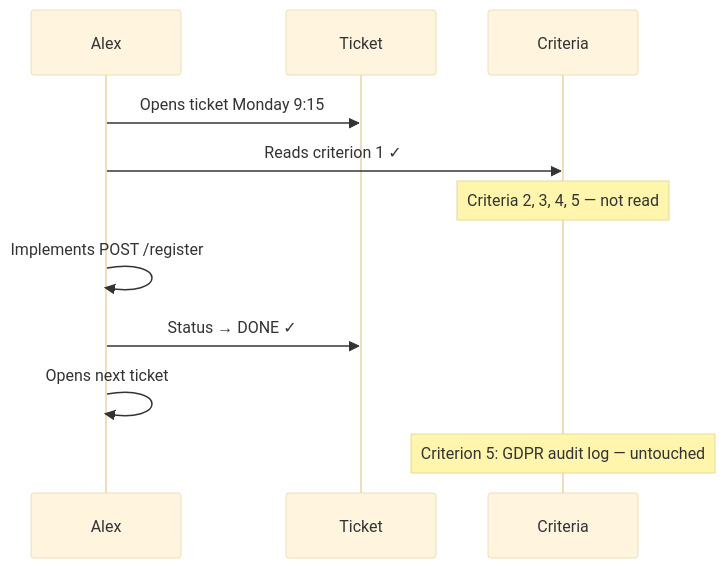
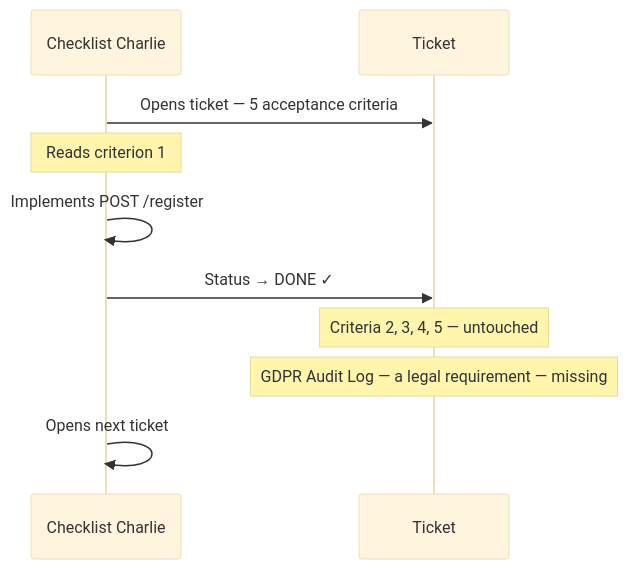
Before and after one commit to truedoctales/truedoctales-4j: the diagram in fairy-doc-tales/03_squirrel-dev/01_squirrel-dev.md, drawn with Mermaid (base theme). The commit also changed other lines of this file and 21 other files, not shown here.

````diff
--- a/fairy-doc-tales/03_squirrel-dev/01_squirrel-dev.md
+++ b/fairy-doc-tales/03_squirrel-dev/01_squirrel-dev.md
@@ -62,14 +61,13 @@
 ```mermaid
 sequenceDiagram
-    participant A as Alex
+    participant CC as Checklist Charlie
     participant T as Ticket
-    participant C as Criteria
 
-    A->>T: Opens ticket Monday 9:15
-    A->>C: Reads criterion 1 ✓
-    Note over C: Criteria 2, 3, 4, 5 — not read
-    A->>A: Implements POST /register
-    A->>T: Status → DONE ✓
-    A->>A: Opens next ticket
-    Note over C: Criterion 5: GDPR audit log — untouched
+    CC->>T: Opens ticket — 5 acceptance criteria
+    Note over CC: Reads criterion 1
+    CC->>CC: Implements POST /register
+    CC->>T: Status → DONE ✓
+    Note over T: Criteria 2, 3, 4, 5 — untouched
+    Note over T: GDPR Audit Log — a legal requirement — missing
+    CC->>CC: Opens next ticket
 ```
````
